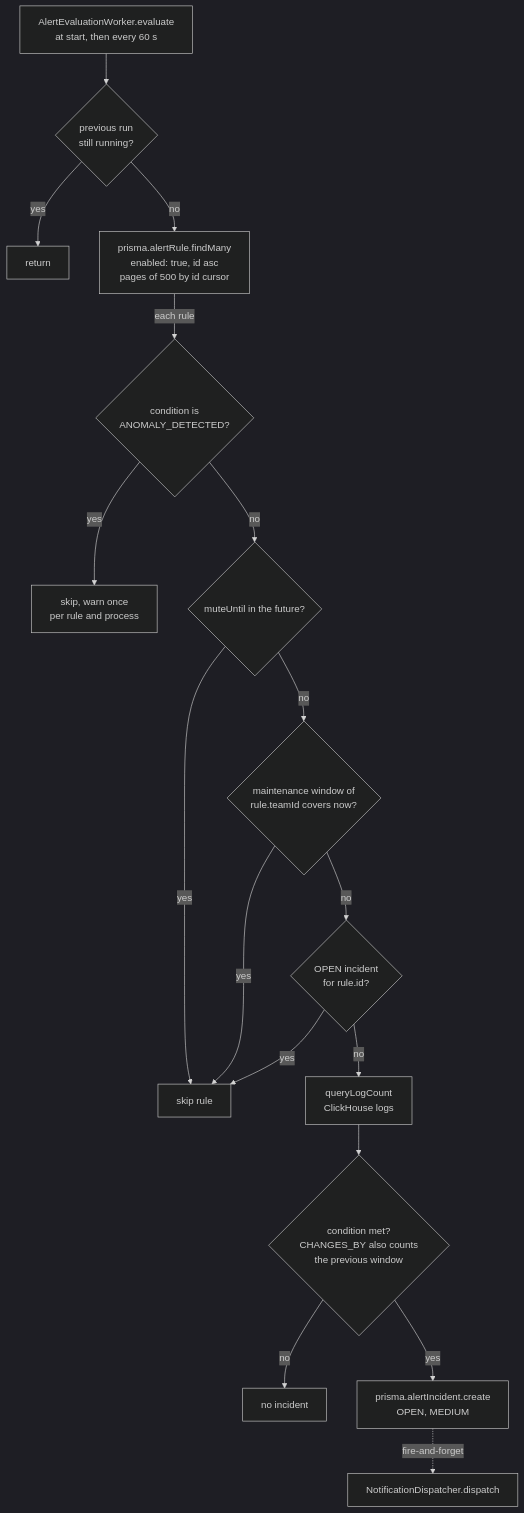
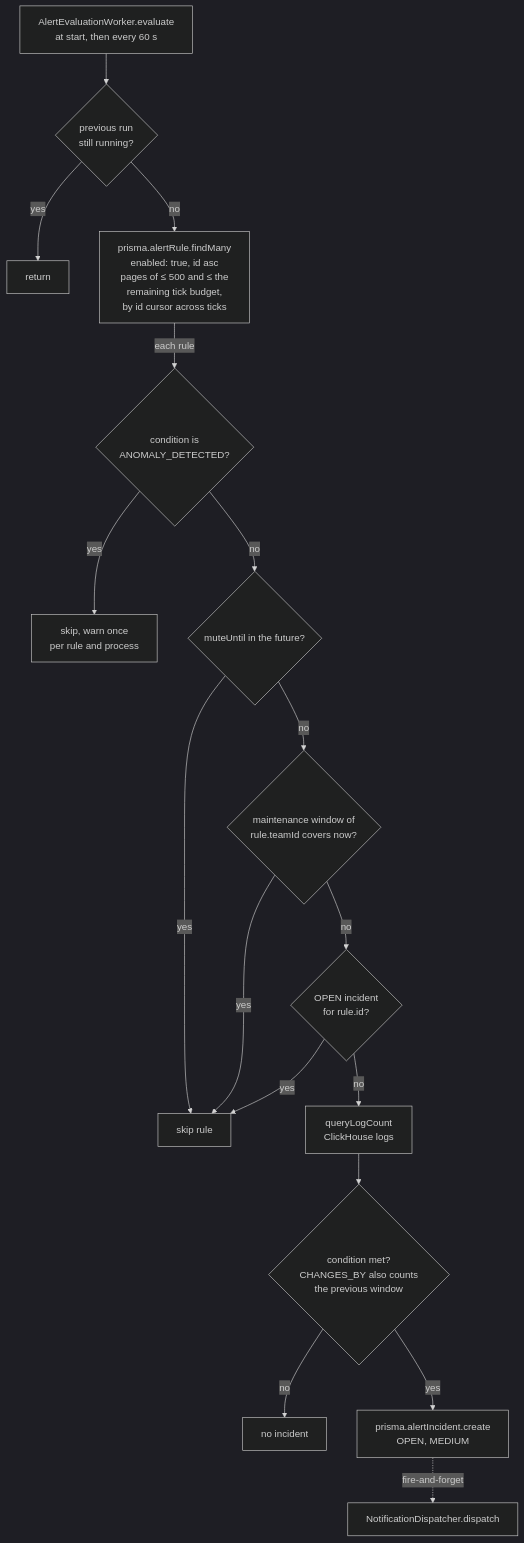
One commit to LanNguyenSi/telerithm changed the diagram in docs/okf/alert-evaluation-and-incident-lifecycle.md. Above: the diagram before and after it, drawn with Mermaid (dark theme). The commit also changed other lines of this file and 10 other files, not shown here.

First line of the commit message:
fix(alerts): bound alert-rule evaluation per tick with a rotating cursor (#279)

````diff
--- a/docs/okf/alert-evaluation-and-incident-lifecycle.md
+++ b/docs/okf/alert-evaluation-and-incident-lifecycle.md
@@ -42,19 +42,19 @@
 ```mermaid
 flowchart TD
   T["AlertEvaluationWorker.evaluate<br/>at start, then every 60 s"] --> G{"previous run<br/>still running?"}
   G -->|yes| E["return"]
-  G -->|no| R["prisma.alertRule.findMany<br/>enabled: true, id asc<br/>pages of 500 by id cursor"]
+  G -->|no| R["prisma.alertRule.findMany<br/>enabled: true, id asc<br/>pages of ≤ 500 and ≤ the<br/>remaining tick budget,<br/>by id cursor across ticks"]
   R -->|each rule| AN{"condition is<br/>ANOMALY_DETECTED?"}
   AN -->|yes| WN["skip, warn once<br/>per rule and process"]
   AN -->|no| M{"muteUntil in the future?"}
   M -->|yes| SK["skip rule"]
   M -->|no| MW{"maintenance window of<br/>rule.teamId covers now?"}
   MW -->|yes| SK
   MW -->|no| OI{"OPEN incident<br/>for rule.id?"}
   OI -->|yes| SK
   OI -->|no| Q["queryLogCount<br/>ClickHouse logs"]
   Q --> C{"condition met?<br/>CHANGES_BY also counts<br/>the previous window"}
   C -->|no| N["no incident"]
   C -->|yes| I["prisma.alertIncident.create<br/>OPEN, MEDIUM"]
   I -.->|fire-and-forget| D["NotificationDispatcher.dispatch"]
 ```
````
